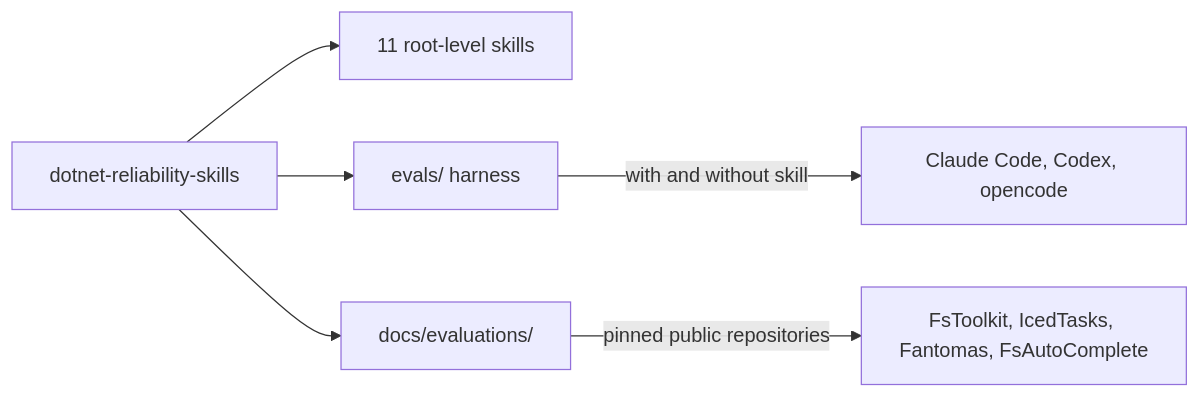
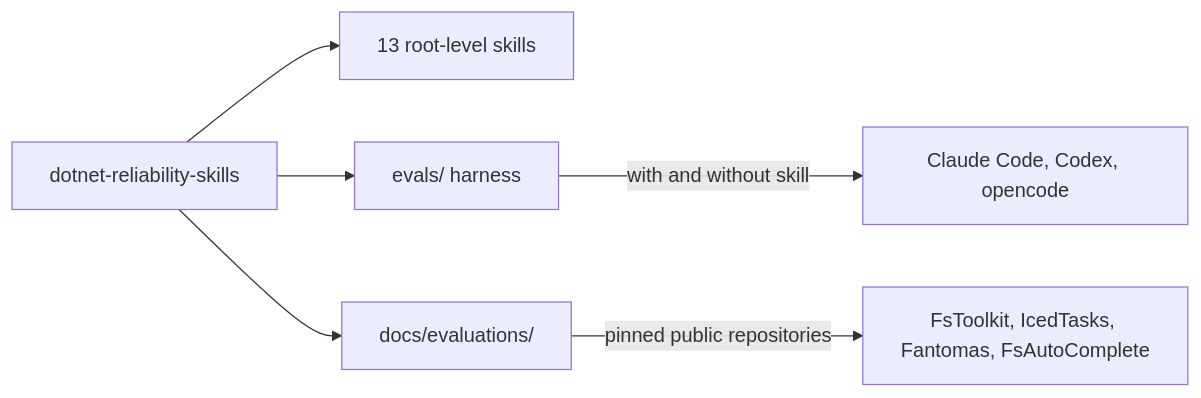
One commit to TheAngryByrd/dotnet-reliability-skills changed the diagram in lode/summary.md. Above: the diagram before and after it, drawn with Mermaid. The commit also changed other lines of this file and 20 other files, not shown here.

````diff
--- a/lode/summary.md
+++ b/lode/summary.md
@@ -5,8 +5,8 @@
 ```mermaid
 flowchart LR
-    Repo[dotnet-reliability-skills] --> Skills[11 root-level skills]
+    Repo[dotnet-reliability-skills] --> Skills[13 root-level skills]
     Repo --> Harness[evals/ harness]
     Repo --> Manual[docs/evaluations/]
     Harness -->|with and without skill| Agents[Claude Code, Codex, opencode]
     Manual -->|pinned public repositories| Targets[FsToolkit, IcedTasks, Fantomas, FsAutoComplete]
 ```
````
